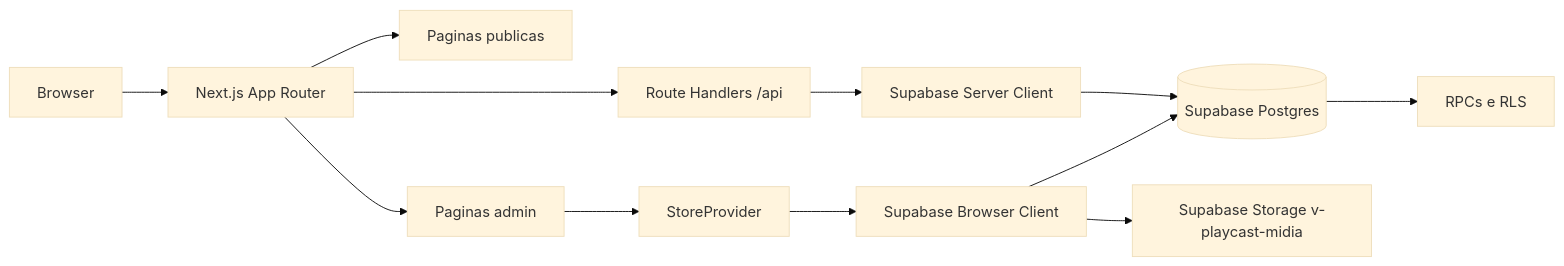
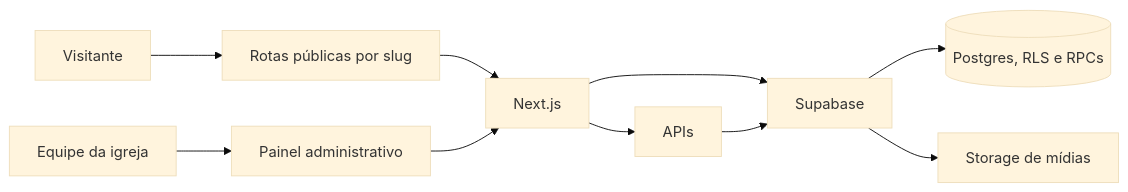
The diagram in docs/visao-geral.md (victorpessoa-dev/telao-online), drawn with Mermaid (base theme) before and after one commit. The commit also changed other lines of this file and 13 other files, not shown here.

````diff
--- a/docs/visao-geral.md
+++ b/docs/visao-geral.md
@@ -15,14 +13,12 @@
 ```mermaid
 flowchart LR
-  Browser[Browser] --> Next[Next.js App Router]
-  Next --> Public[Paginas publicas]
-  Next --> Admin[Paginas admin]
-  Next --> API[Route Handlers /api]
-  Admin --> Store[StoreProvider]
-  Store --> SupabaseBrowser[Supabase Browser Client]
-  API --> SupabaseServer[Supabase Server Client]
-  SupabaseBrowser --> DB[(Supabase Postgres)]
-  SupabaseServer --> DB
-  DB --> RPC[RPCs e RLS]
-  SupabaseBrowser --> Storage[Supabase Storage v-playcast-midia]
+  Visitor[Visitante] --> Public[Rotas públicas por slug]
+  Team[Equipe da igreja] --> Admin[Painel administrativo]
+  Public --> Next[Next.js]
+  Admin --> Next
+  Next --> API[APIs]
+  Next --> Supabase[Supabase]
+  API --> Supabase
+  Supabase --> Database[(Postgres, RLS e RPCs)]
+  Supabase --> Media[Storage de mídias]
 ```
````
